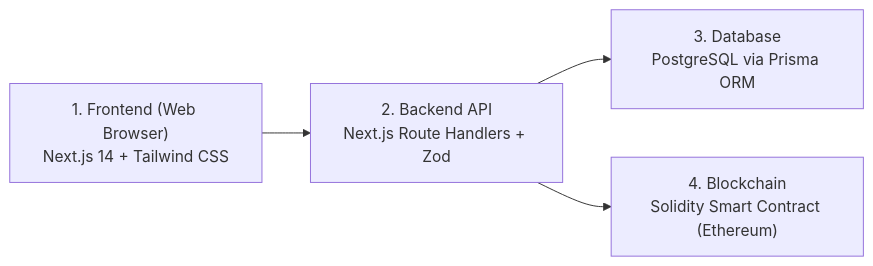
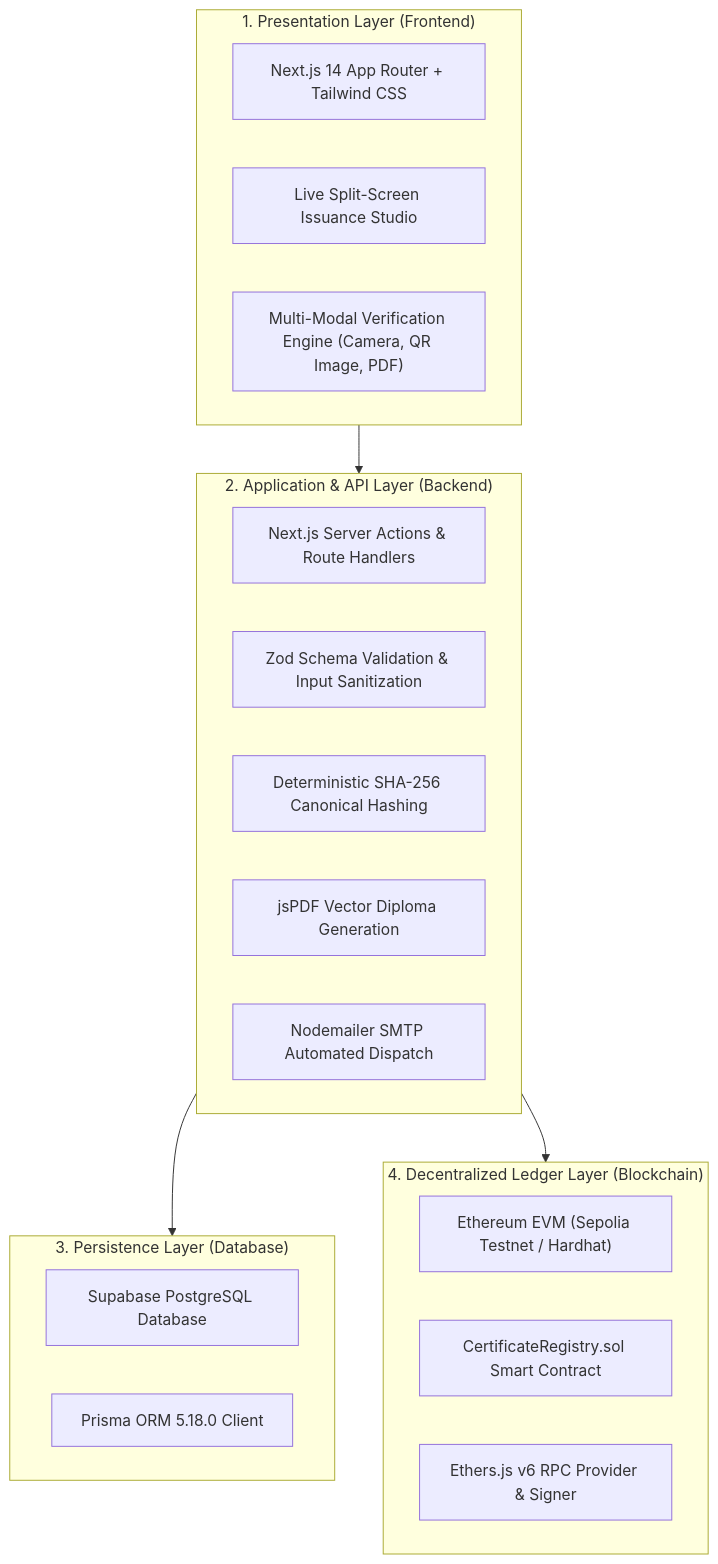
The first of 4 diagrams in PROJECT_SUBMISSION_REPORT.md (mengchheanglong/citadel-blockchain-certificates), drawn with Mermaid before and after one commit. The commit also changed other lines of this file and 2 other files, not shown here.

Commit message:
docs: refine final project submission report in docx and md with full diagrams, verification engine docs, and demo presentation script

````diff
--- a/PROJECT_SUBMISSION_REPORT.md
+++ b/PROJECT_SUBMISSION_REPORT.md
@@ -36,6 +50,31 @@
 ```mermaid
-flowchart LR
-    A["1. Frontend (Web Browser)<br>Next.js 14 + Tailwind CSS"] --> B["2. Backend API<br>Next.js Route Handlers + Zod"]
-    B --> C["3. Database<br>PostgreSQL via Prisma ORM"]
-    B --> D["4. Blockchain<br>Solidity Smart Contract (Ethereum)"]
+flowchart TD
+    subgraph PresentationLayer["1. Presentation Layer (Frontend)"]
+        UI_Web["Next.js 14 App Router + Tailwind CSS"]
+        UI_Studio["Live Split-Screen Issuance Studio"]
+        UI_Scanner["Multi-Modal Verification Engine (Camera, QR Image, PDF)"]
+    end
+
+    subgraph AppLayer["2. Application & API Layer (Backend)"]
+        API_Routes["Next.js Server Actions & Route Handlers"]
+        ZOD["Zod Schema Validation & Input Sanitization"]
+        HASH["Deterministic SHA-256 Canonical Hashing"]
+        PDF["jsPDF Vector Diploma Generation"]
+        EMAIL["Nodemailer SMTP Automated Dispatch"]
+    end
+
+    subgraph DataLayer["3. Persistence Layer (Database)"]
+        DB["Supabase PostgreSQL Database"]
+        PRISMA["Prisma ORM 5.18.0 Client"]
+    end
+
+    subgraph BlockchainLayer["4. Decentralized Ledger Layer (Blockchain)"]
+        EVM["Ethereum EVM (Sepolia Testnet / Hardhat)"]
+        CONTRACT["CertificateRegistry.sol Smart Contract"]
+        ETHERS["Ethers.js v6 RPC Provider & Signer"]
+    end
+
+    PresentationLayer --> AppLayer
+    AppLayer --> DataLayer
+    AppLayer --> BlockchainLayer
 ```
````
